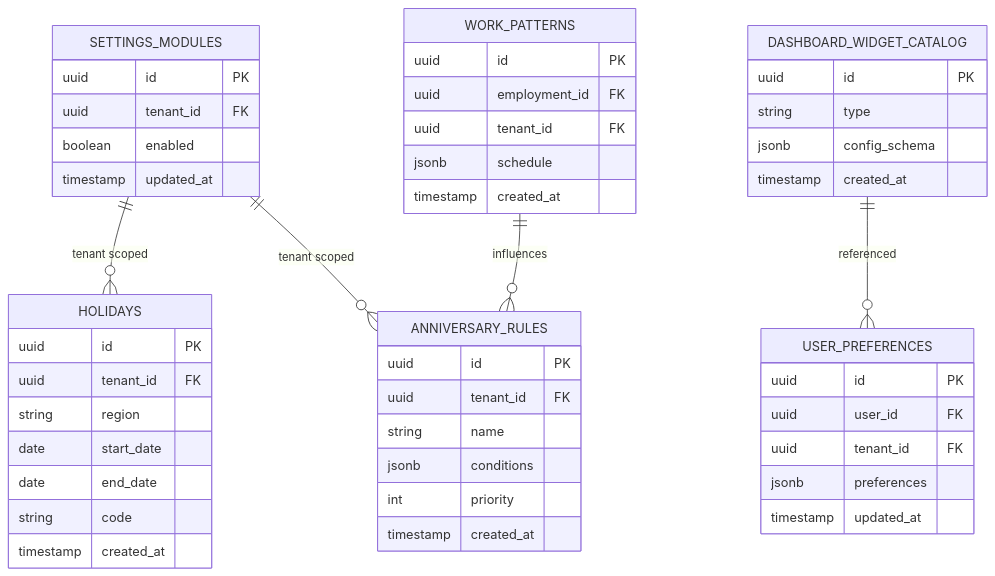
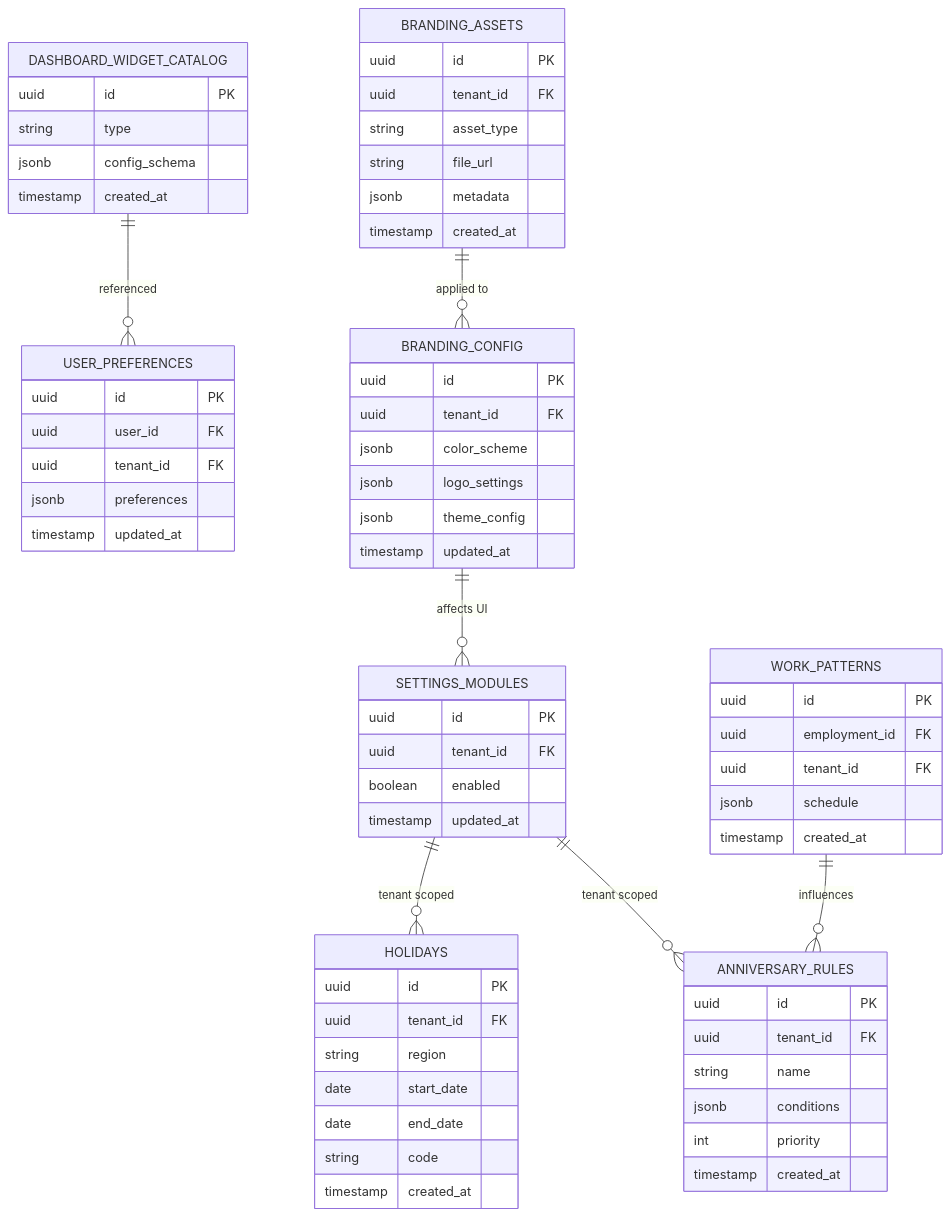
The fourth of 4 diagrams in .qoder/repowiki/en/content/Administration/Settings Management.md (EdwinCycling/LiquidHR), drawn with Mermaid before and after one commit. The commit also changed other lines of this file and 73 other files, not shown here.

````diff
--- a/.qoder/repowiki/en/content/Administration/Settings Management.md
+++ b/.qoder/repowiki/en/content/Administration/Settings Management.md
@@ -505,50 +576,68 @@
 ```mermaid
 erDiagram
 SETTINGS_MODULES {
 uuid id PK
 uuid tenant_id FK
 boolean enabled
 timestamp updated_at
 }
 HOLIDAYS {
 uuid id PK
 uuid tenant_id FK
 string region
 date start_date
 date end_date
 string code
 timestamp created_at
 }
 ANNIVERSARY_RULES {
 uuid id PK
 uuid tenant_id FK
 string name
 jsonb conditions
 int priority
 timestamp created_at
 }
 DASHBOARD_WIDGET_CATALOG {
 uuid id PK
 string type
 jsonb config_schema
 timestamp created_at
 }
 USER_PREFERENCES {
 uuid id PK
 uuid user_id FK
 uuid tenant_id FK
 jsonb preferences
 timestamp updated_at
 }
 WORK_PATTERNS {
 uuid id PK
 uuid employment_id FK
 uuid tenant_id FK
 jsonb schedule
 timestamp created_at
 }
+BRANDING_ASSETS {
+uuid id PK
+uuid tenant_id FK
+string asset_type
+string file_url
+jsonb metadata
+timestamp created_at
+}
+BRANDING_CONFIG {
+uuid id PK
+uuid tenant_id FK
+jsonb color_scheme
+jsonb logo_settings
+jsonb theme_config
+timestamp updated_at
+}
 SETTINGS_MODULES ||--o{ HOLIDAYS : "tenant scoped"
 SETTINGS_MODULES ||--o{ ANNIVERSARY_RULES : "tenant scoped"
 DASHBOARD_WIDGET_CATALOG ||--o{ USER_PREFERENCES : "referenced"
 WORK_PATTERNS ||--o{ ANNIVERSARY_RULES : "influences"
+BRANDING_ASSETS ||--o{ BRANDING_CONFIG : "applied to"
+BRANDING_CONFIG ||--o{ SETTINGS_MODULES : "affects UI"
 ```
````
